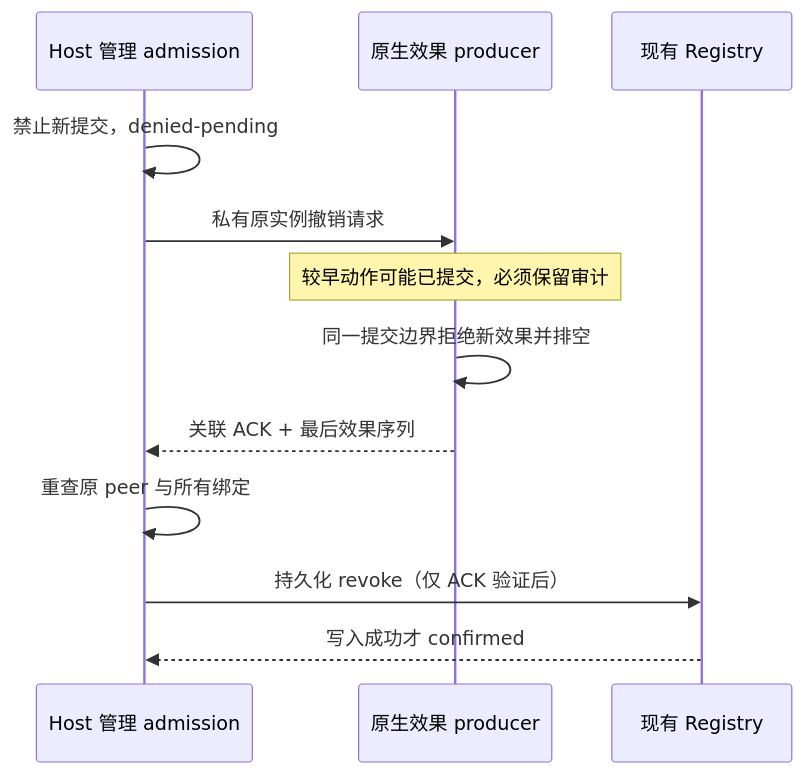
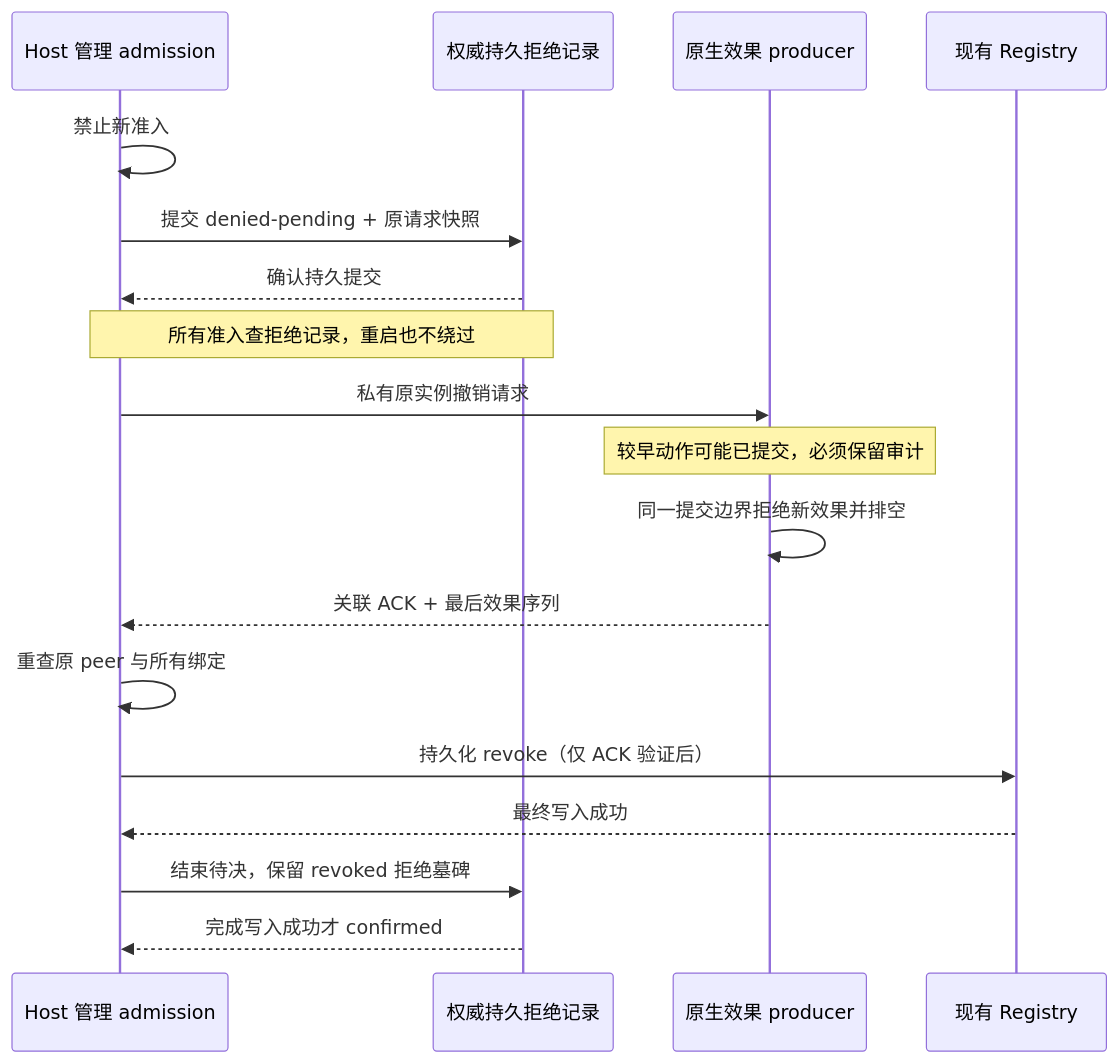
Before and after one commit to zlpoot/agent-desktop: the diagram in docs/desktop-provider-p8-b-native-fence.md, drawn with Mermaid. The commit also changed other lines of this file and 3 other files, not shown here.

````diff
--- a/docs/desktop-provider-p8-b-native-fence.md
+++ b/docs/desktop-provider-p8-b-native-fence.md
@@ -38,14 +39,20 @@
 ```mermaid
 sequenceDiagram
   participant H as Host 管理 admission
+  participant J as 权威持久拒绝记录
   participant P as 原生效果 producer
   participant R as 现有 Registry
-  H->>H: 禁止新提交，denied-pending
+  H->>H: 禁止新准入
+  H->>J: 提交 denied-pending + 原请求快照
+  J-->>H: 确认持久提交
+  Note over H,J: 所有准入查拒绝记录，重启也不绕过
   H->>P: 私有原实例撤销请求
   Note over P: 较早动作可能已提交，必须保留审计
   P->>P: 同一提交边界拒绝新效果并排空
   P-->>H: 关联 ACK + 最后效果序列
   H->>H: 重查原 peer 与所有绑定
   H->>R: 持久化 revoke（仅 ACK 验证后）
-  R-->>H: 写入成功才 confirmed
+  R-->>H: 最终写入成功
+  H->>J: 结束待决，保留 revoked 拒绝墓碑
+  J-->>H: 完成写入成功才 confirmed
 ```
````
